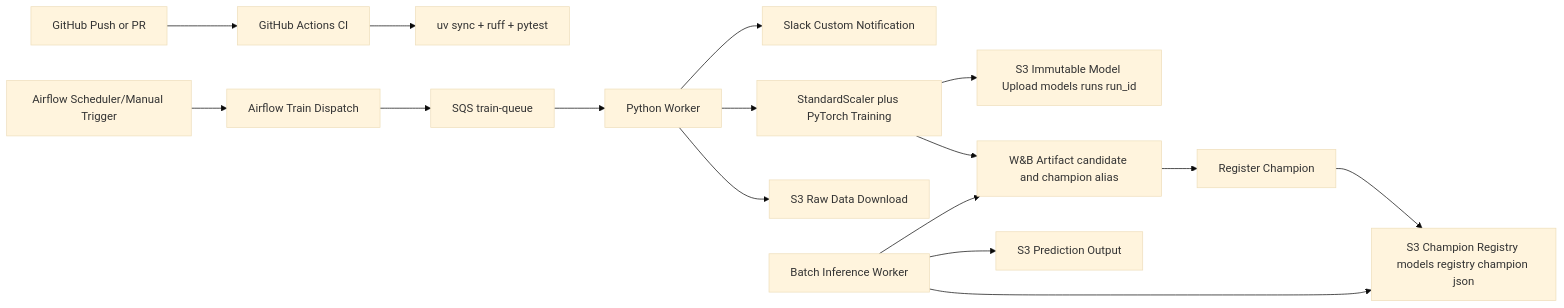
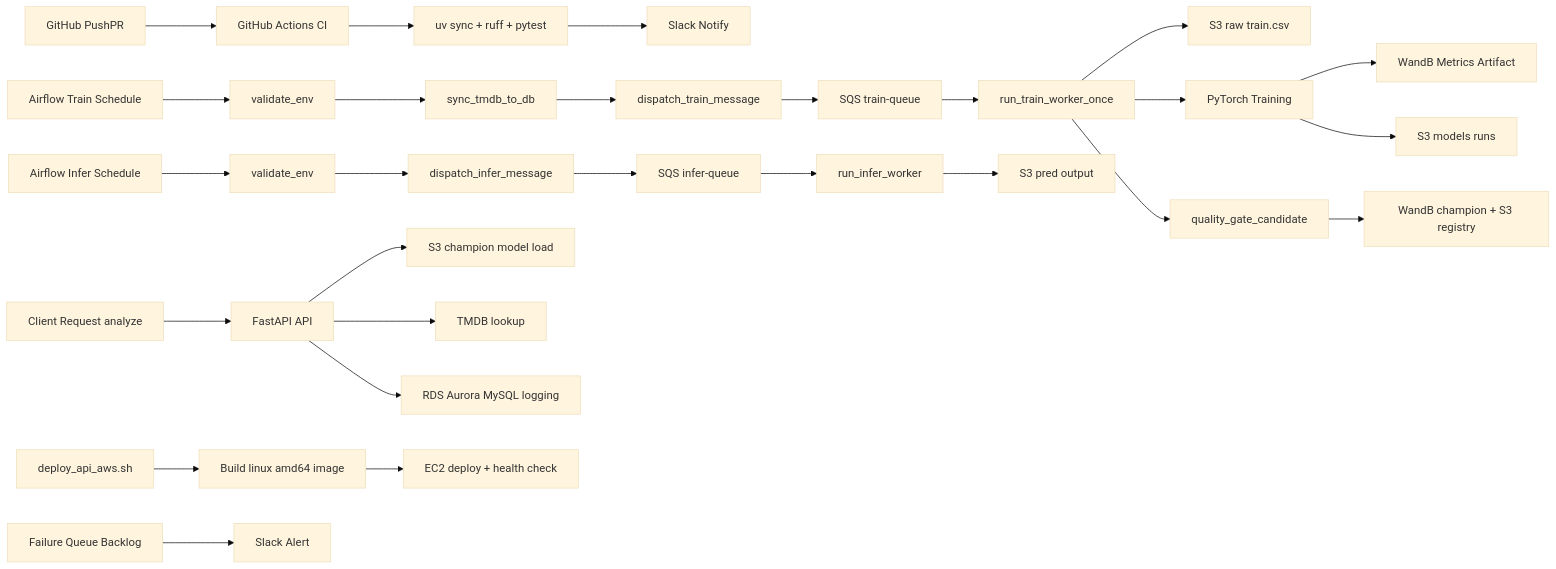
Before and after one commit to AIBootcamp24th/mlops-mlops-team-3: the diagram in README.md, drawn with Mermaid (base theme). The commit also changed other lines of this file and 28 other files, not shown here.

````diff
--- a/README.md
+++ b/README.md
@@ -59,18 +56,34 @@
 ```mermaid
 graph LR
-  A[GitHub Push or PR] --> B[GitHub Actions CI]
-  N[Airflow Scheduler/Manual Trigger] --> D
-  B --> C[uv sync + ruff + pytest]
-  D[Airflow Train Dispatch] --> E[SQS train-queue]
-  E --> F[Python Worker]
-  F --> G[S3 Raw Data Download]
-  F --> H[StandardScaler plus PyTorch Training]
-  H --> I[W&B Artifact candidate and champion alias]
-  H --> J[S3 Immutable Model Upload models runs run_id]
-  I --> R[Register Champion]
-  R --> S[S3 Champion Registry models registry champion json]
-  F --> K[Slack Custom Notification]
-  L[Batch Inference Worker] --> S
-  L --> M[S3 Prediction Output]
-  L --> I
+  gitPush[GitHub PushPR] --> ci[GitHub Actions CI]
+  ci --> ciCheck[uv sync + ruff + pytest]
+  ciCheck --> ciNotify[Slack Notify]
+
+  trainSchedule[Airflow Train Schedule] --> trainValidate[validate_env]
+  trainValidate --> syncDb[sync_tmdb_to_db]
+  syncDb --> trainDispatch[dispatch_train_message]
+  trainDispatch --> trainQueue[SQS train-queue]
+  trainQueue --> trainWorker[run_train_worker_once]
+  trainWorker --> s3Raw[S3 raw train.csv]
+  trainWorker --> pytorchTrain[PyTorch Training]
+  pytorchTrain --> wandbTrack[WandB Metrics Artifact]
+  pytorchTrain --> s3Model[S3 models runs]
+  trainWorker --> qualityGate[quality_gate_candidate]
+  qualityGate --> champion[WandB champion + S3 registry]
+
+  inferSchedule[Airflow Infer Schedule] --> inferValidate[validate_env]
+  inferValidate --> inferDispatch[dispatch_infer_message]
+  inferDispatch --> inferQueue[SQS infer-queue]
+  inferQueue --> inferWorker[run_infer_worker]
+  inferWorker --> s3Pred[S3 pred output]
+
+  apiRequest[Client Request analyze] --> apiService[FastAPI API]
+  apiService --> modelLoad[S3 champion model load]
+  apiService --> tmdbLookup[TMDB lookup]
+  apiService --> dbLog[RDS Aurora MySQL logging]
+
+  deployScript[deploy_api_aws.sh] --> amd64Build[Build linux amd64 image]
+  amd64Build --> ec2Deploy[EC2 deploy + health check]
+
+  failureSignal[Failure Queue Backlog] --> slackAlert[Slack Alert]
 ```
````
